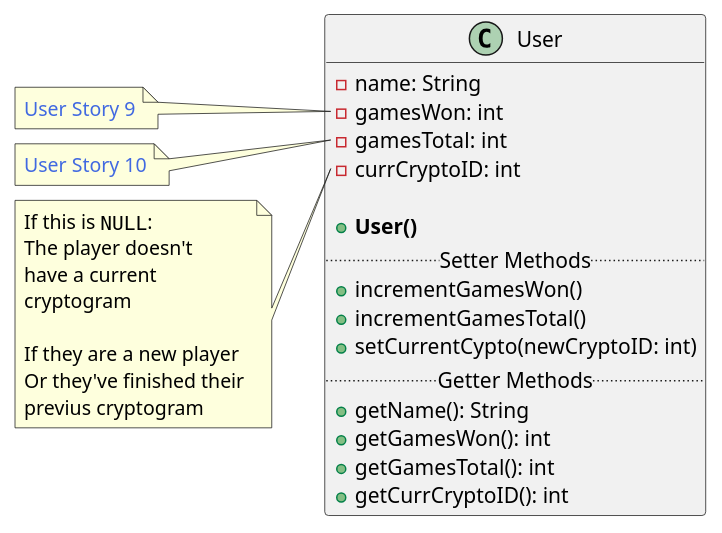
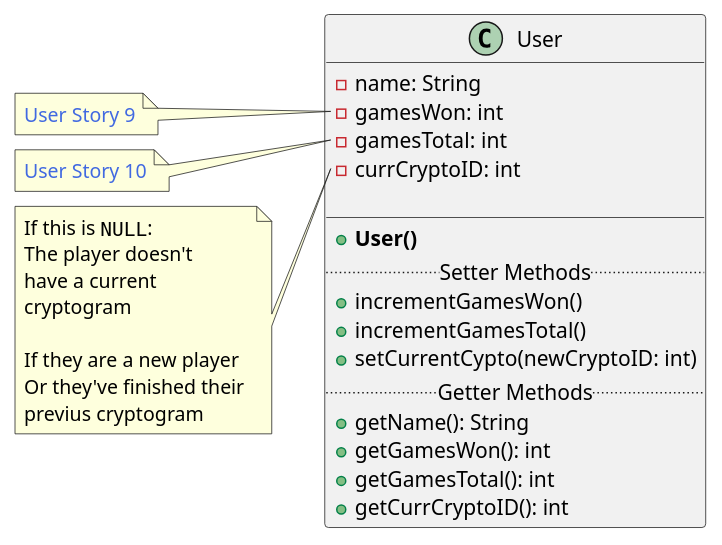
One commit to finlaysr/CS207-Cryptograms changed the diagram in Class-Diagrams/src/user.puml. Above: the diagram before and after it, drawn with PlantUML. The commit also changed 6 other files, not shown here.

```diff
--- a/Class-Diagrams/src/user.puml
+++ b/Class-Diagrams/src/user.puml
@@ -1,40 +1,41 @@
 @startuml
 class User {
     - name: String
     - gamesWon: int
     - gamesTotal: int
     - currCryptoID: int
 
+    __
     + **User()**
     ..Setter Methods..
     + incrementGamesWon() 
     + incrementGamesTotal()
     + setCurrentCypto(newCryptoID: int)
     ..Getter Methods..
     + getName(): String
     + getGamesWon(): int
     + getGamesTotal(): int
     + getCurrCryptoID(): int
 }
 
 note left of User::gamesWon
     <color:royalBlue>User Story 9</color>
 end note
 
 note left of User::gamesTotal
     <color:royalBlue>User Story 10</color>
 end note
 
 note left of User::currCryptoID
  If this is ""NULL"":
  The player doesn't 
  have a current 
  cryptogram
 
  If they are a new player
  Or they've finished their 
  previus cryptogram
 end note
 
 
 @enduml
```
